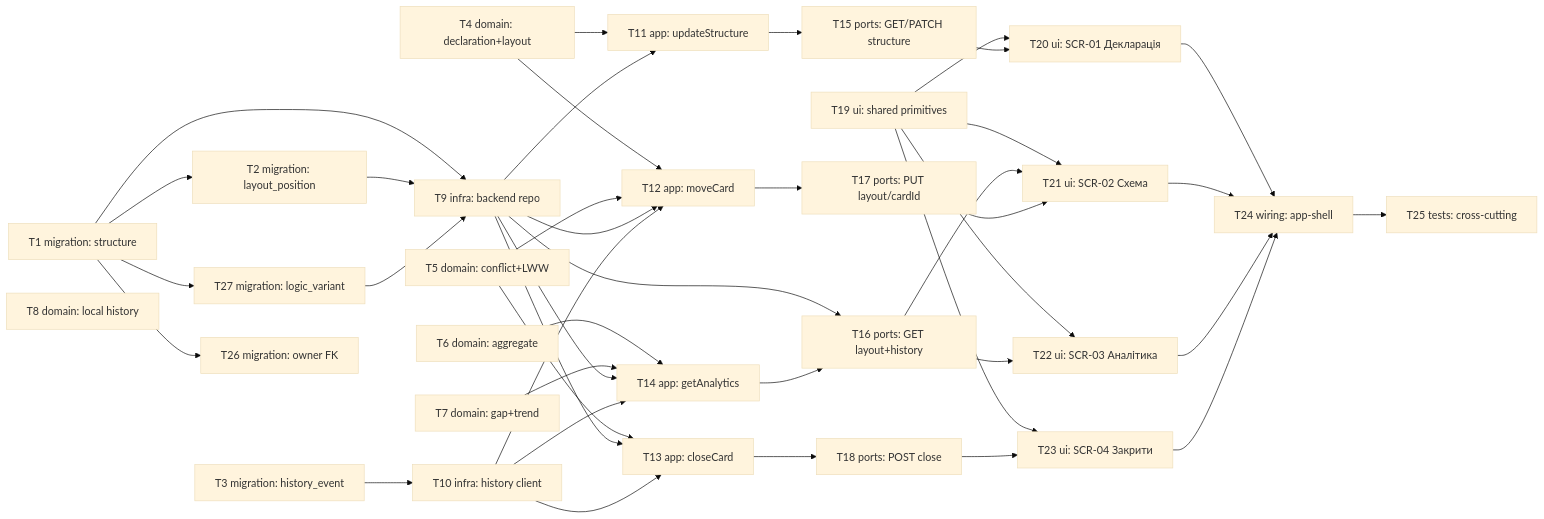
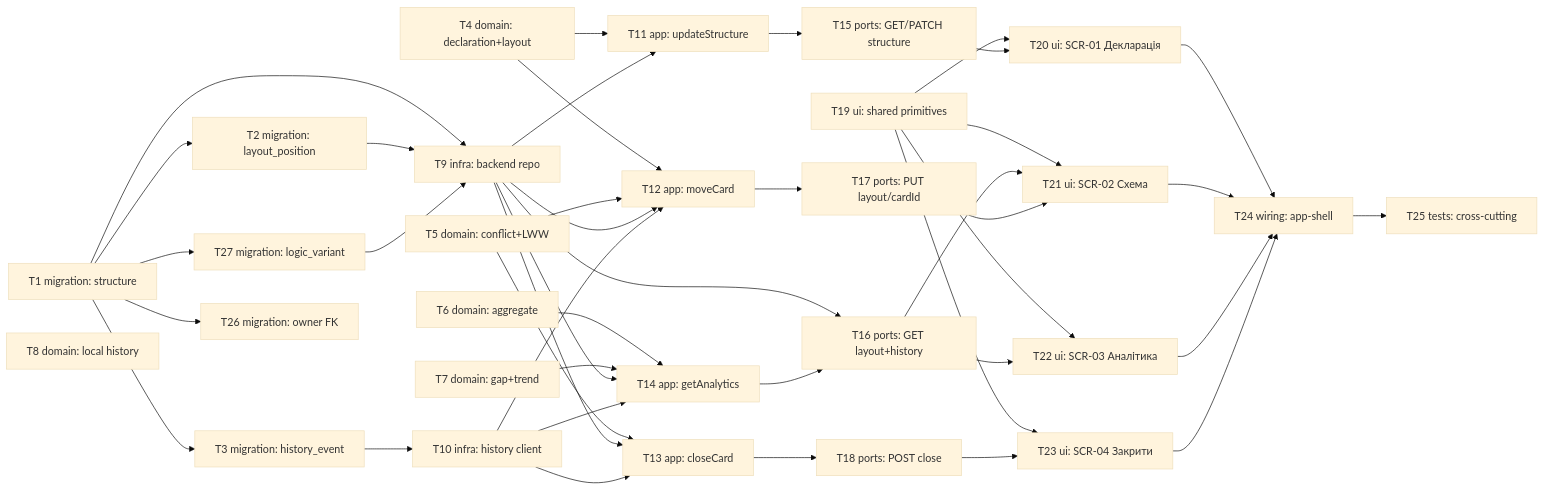
One commit to danyllukandrey-cloud/claude-workspace changed the diagram in docs/features/structure/tasks/_epic.md. Above: the diagram before and after it, drawn with Mermaid (base theme). The commit also changed other lines of this file and 17 other files, not shown here.

````diff
--- a/docs/features/structure/tasks/_epic.md
+++ b/docs/features/structure/tasks/_epic.md
@@ -16,61 +16,61 @@
 ```mermaid
 flowchart LR
     T1[T1 migration: structure] --> T2[T2 migration: layout_position]
-    T3[T3 migration: history_event]
+    T1 --> T3[T3 migration: history_event]
 
     T4[T4 domain: declaration+layout]
     T5[T5 domain: conflict+LWW]
     T6[T6 domain: aggregate]
     T7[T7 domain: gap+trend]
     T8[T8 domain: local history]
 
     T1 --> T9[T9 infra: backend repo]
     T2 --> T9
     T27 --> T9
     T3 --> T10[T10 infra: history client]
 
     T4 --> T11[T11 app: updateStructure]
     T9 --> T11
 
     T4 --> T12[T12 app: moveCard]
     T5 --> T12
     T9 --> T12
     T10 --> T12
 
     T5 --> T13[T13 app: closeCard]
     T9 --> T13
     T10 --> T13
 
     T6 --> T14[T14 app: getAnalytics]
     T7 --> T14
     T9 --> T14
     T10 --> T14
 
     T11 --> T15[T15 ports: GET/PATCH structure]
     T9 --> T16[T16 ports: GET layout+history]
     T14 --> T16
     T12 --> T17[T17 ports: PUT layout/cardId]
     T13 --> T18[T18 ports: POST close]
 
     T19[T19 ui: shared primitives]
 
     T19 --> T20[T20 ui: SCR-01 Декларація]
     T15 --> T20
     T19 --> T21[T21 ui: SCR-02 Схема]
     T16 --> T21
     T17 --> T21
     T19 --> T22[T22 ui: SCR-03 Аналітика]
     T16 --> T22
     T19 --> T23[T23 ui: SCR-04 Закрити]
     T18 --> T23
 
     T20 --> T24[T24 wiring: app-shell]
     T21 --> T24
     T22 --> T24
     T23 --> T24
 
     T24 --> T25[T25 tests: cross-cutting]
 
     T1 --> T26[T26 migration: owner FK]
     T1 --> T27[T27 migration: logic_variant]
 ```
````
